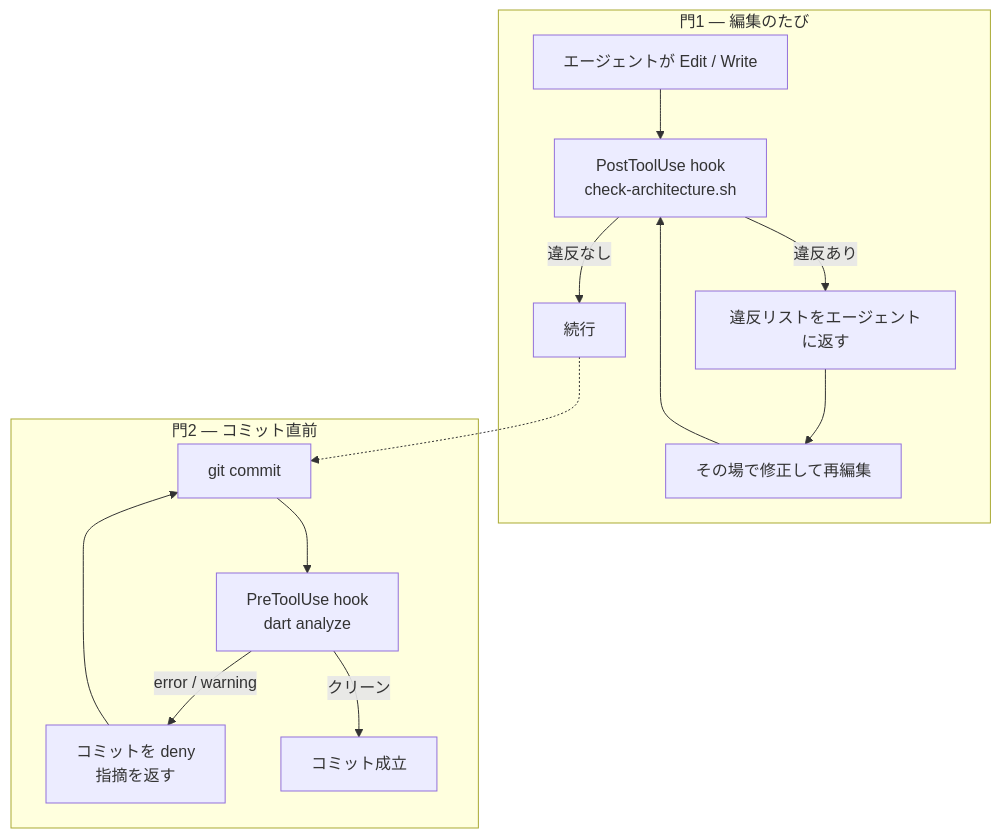
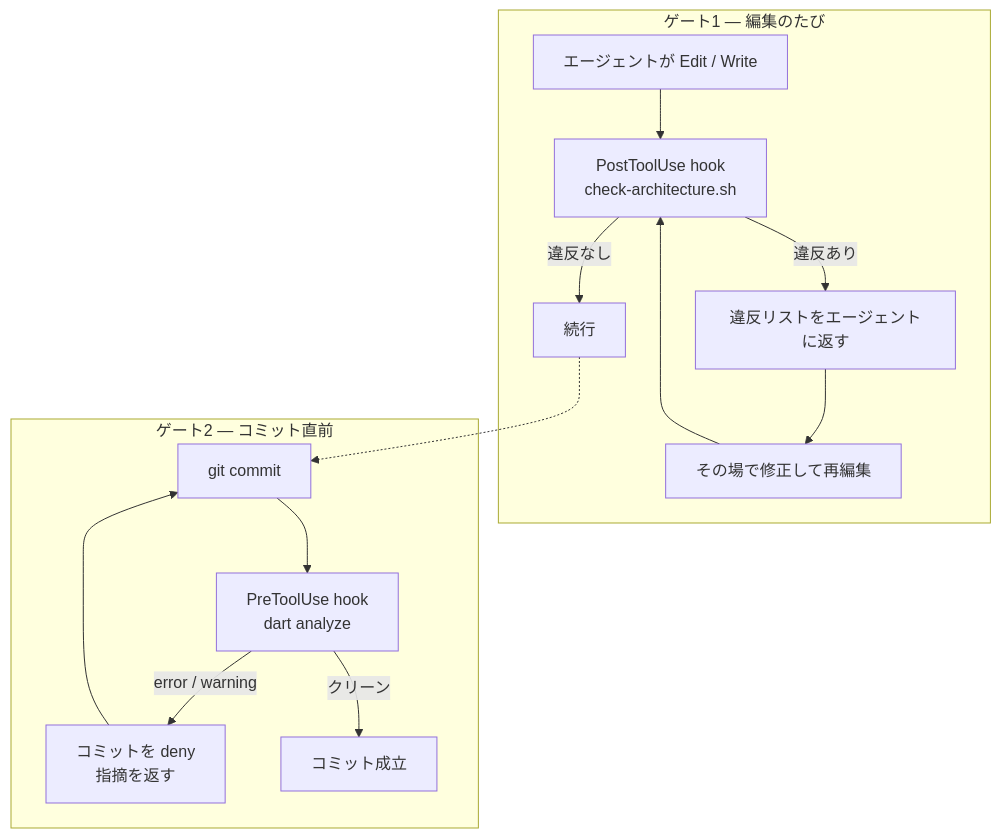
One commit to 4armsxlr8/agent-plugins changed the second of 2 diagrams in plugins/flutter-riverpod-guardrails/README.md. Above: the diagram before and after it, drawn with Mermaid. The commit also changed other lines of this file and 7 other files, not shown here.

````diff
--- a/plugins/flutter-riverpod-guardrails/README.md
+++ b/plugins/flutter-riverpod-guardrails/README.md
@@ -49,17 +49,17 @@
 ```mermaid
 flowchart TD
-    subgraph gate1[門1 — 編集のたび]
+    subgraph gate1[ゲート1 — 編集のたび]
         A[エージェントが Edit / Write] --> B[PostToolUse hook<br>check-architecture.sh]
         B -->|違反あり| C[違反リストをエージェントに返す]
         C --> D[その場で修正して再編集]
         D --> B
         B -->|違反なし| E[続行]
     end
-    subgraph gate2[門2 — コミット直前]
+    subgraph gate2[ゲート2 — コミット直前]
         F[git commit] --> G[PreToolUse hook<br>dart analyze]
         G -->|error / warning| H[コミットを deny<br>指摘を返す]
         H --> F
         G -->|クリーン| I[コミット成立]
     end
     E -.-> F
 ```
````
